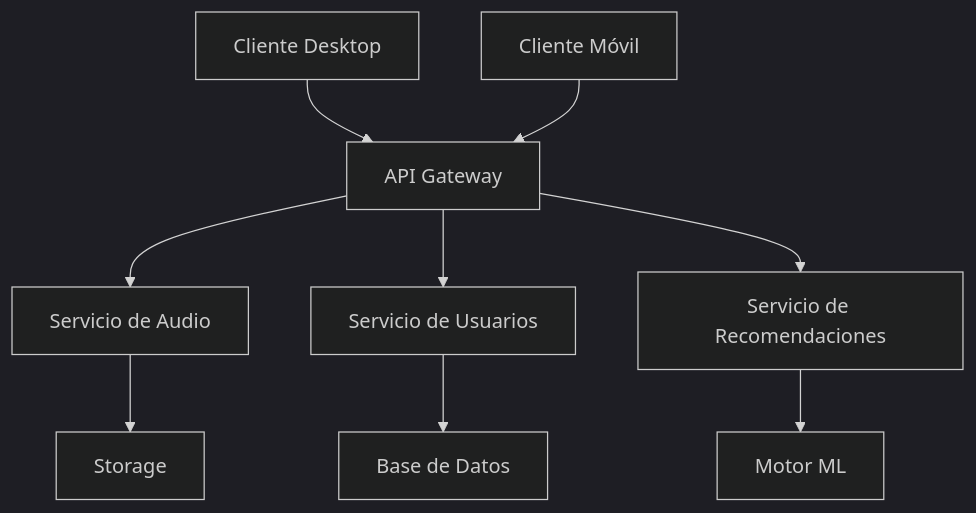
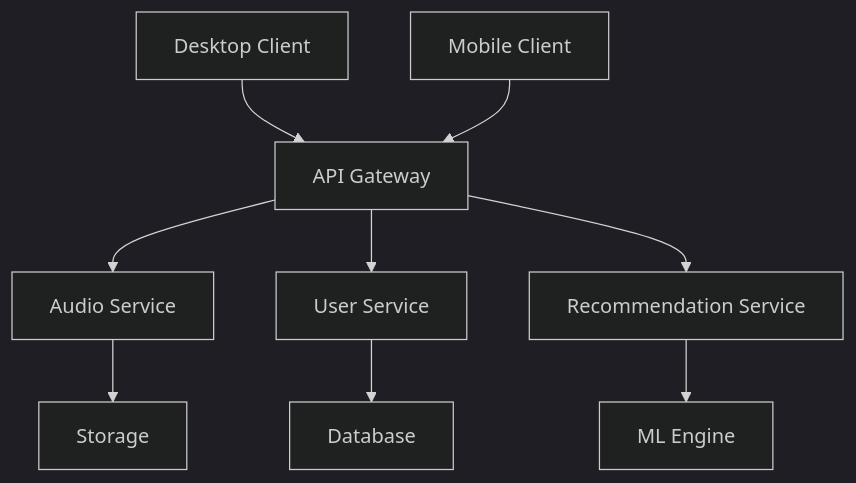
One commit to BlueSystemCR/nexus changed the third of 3 diagrams in docs/technical_overview.md. Above: the diagram before and after it, drawn with Mermaid (dark theme). The commit also changed other lines of this file, not shown here.

````diff
--- a/docs/technical_overview.md
+++ b/docs/technical_overview.md
@@ -508,11 +508,11 @@
 ```mermaid
 graph TB
-    A[Cliente Desktop] --> B[API Gateway]
-    C[Cliente Móvil] --> B
-    B --> D[Servicio de Audio]
-    B --> E[Servicio de Usuarios]
-    B --> F[Servicio de Recomendaciones]
+    A[Desktop Client] --> B[API Gateway]
+    C[Mobile Client] --> B
+    B --> D[Audio Service]
+    B --> E[User Service]
+    B --> F[Recommendation Service]
     D --> G[Storage]
-    E --> H[Base de Datos]
-    F --> I[Motor ML]
+    E --> H[Database]
+    F --> I[ML Engine]
 ```
````
